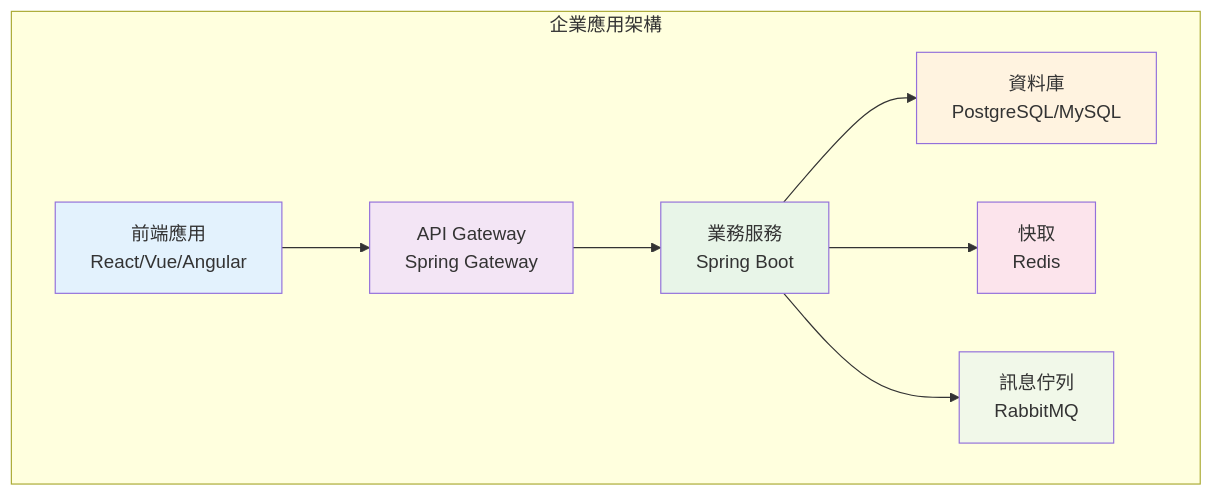
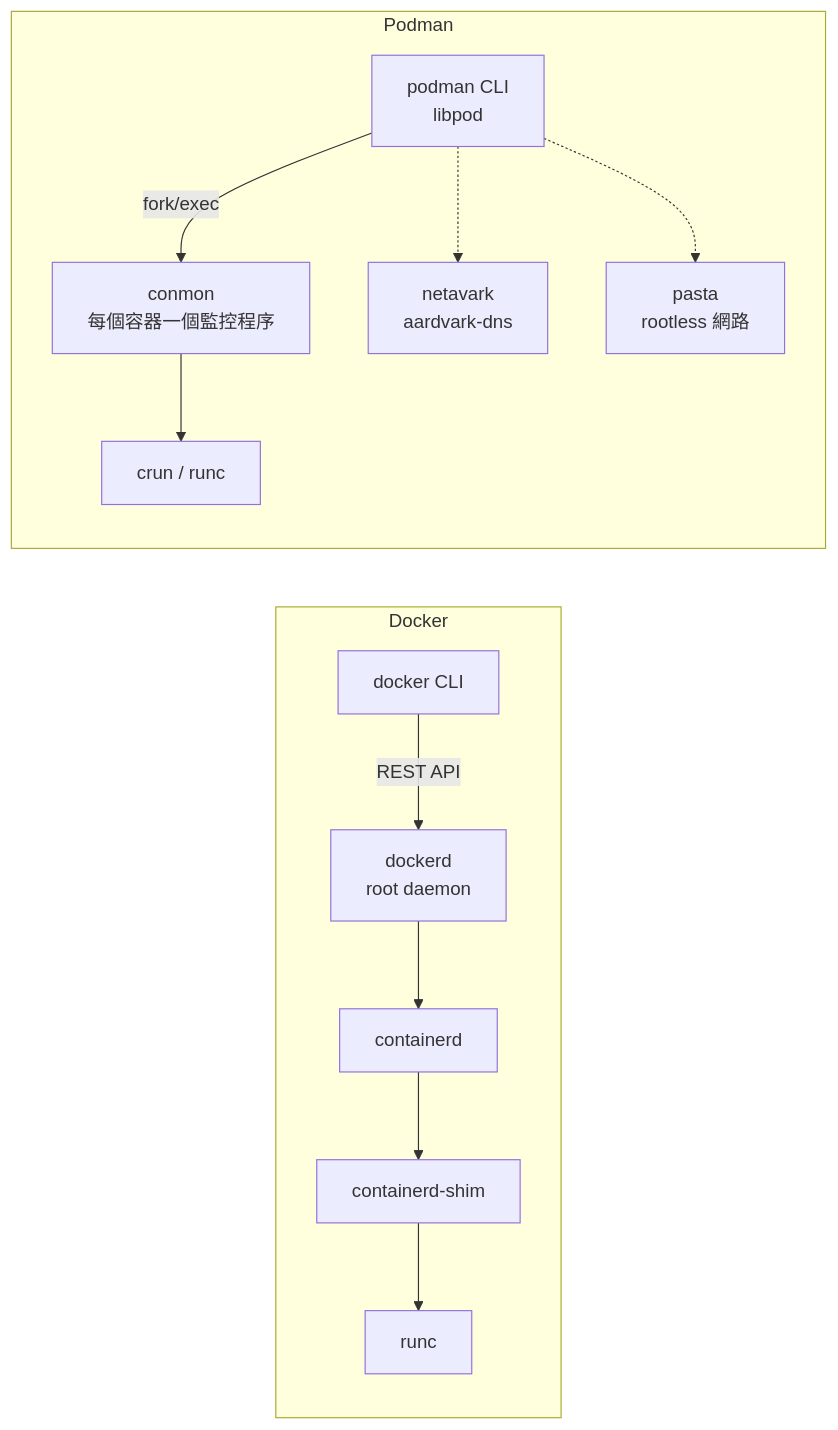
Before and after one commit to chihhung/Blog: the third of 18 diagrams in content/posts/教學/工具/Podman使用教學.md, drawn with Mermaid. The commit also changed other lines of this file and 10 other files, not shown here.

````diff
--- a/content/posts/教學/工具/Podman使用教學.md
+++ b/content/posts/教學/工具/Podman使用教學.md
@@ -500,24 +319,15 @@
 ```mermaid
-graph TB
-    subgraph "企業應用架構"
-        A[前端應用<br/>React/Vue/Angular]
-        B[API Gateway<br/>Spring Gateway]
-        C[業務服務<br/>Spring Boot]
-        D[資料庫<br/>PostgreSQL/MySQL]
-        E[快取<br/>Redis]
-        F[訊息佇列<br/>RabbitMQ]
+graph LR
+    subgraph Docker
+        DC[docker CLI] -->|REST API| DD[dockerd<br/>root daemon]
+        DD --> CT[containerd]
+        CT --> SH[containerd-shim]
+        SH --> R1[runc]
     end
-    
-    A --> B
-    B --> C
-    C --> D
-    C --> E
-    C --> F
-    
-    style A fill:#e3f2fd
-    style B fill:#f3e5f5
-    style C fill:#e8f5e8
-    style D fill:#fff3e0
-    style E fill:#fce4ec
-    style F fill:#f1f8e9
+    subgraph Podman
+        PC[podman CLI<br/>libpod] -->|fork/exec| CM[conmon<br/>每個容器一個監控程序]
+        CM --> R2[crun / runc]
+        PC -.-> NV[netavark<br/>aardvark-dns]
+        PC -.-> PS[pasta<br/>rootless 網路]
+    end
 ```
````
